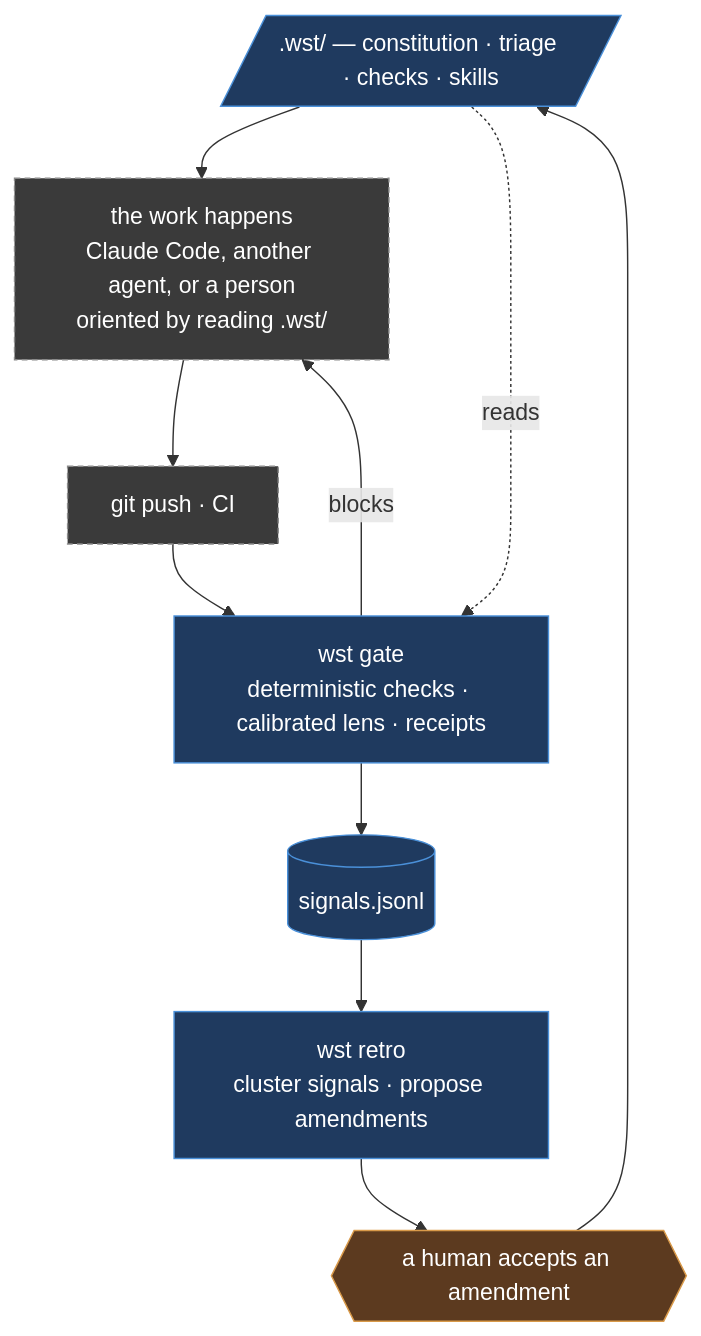
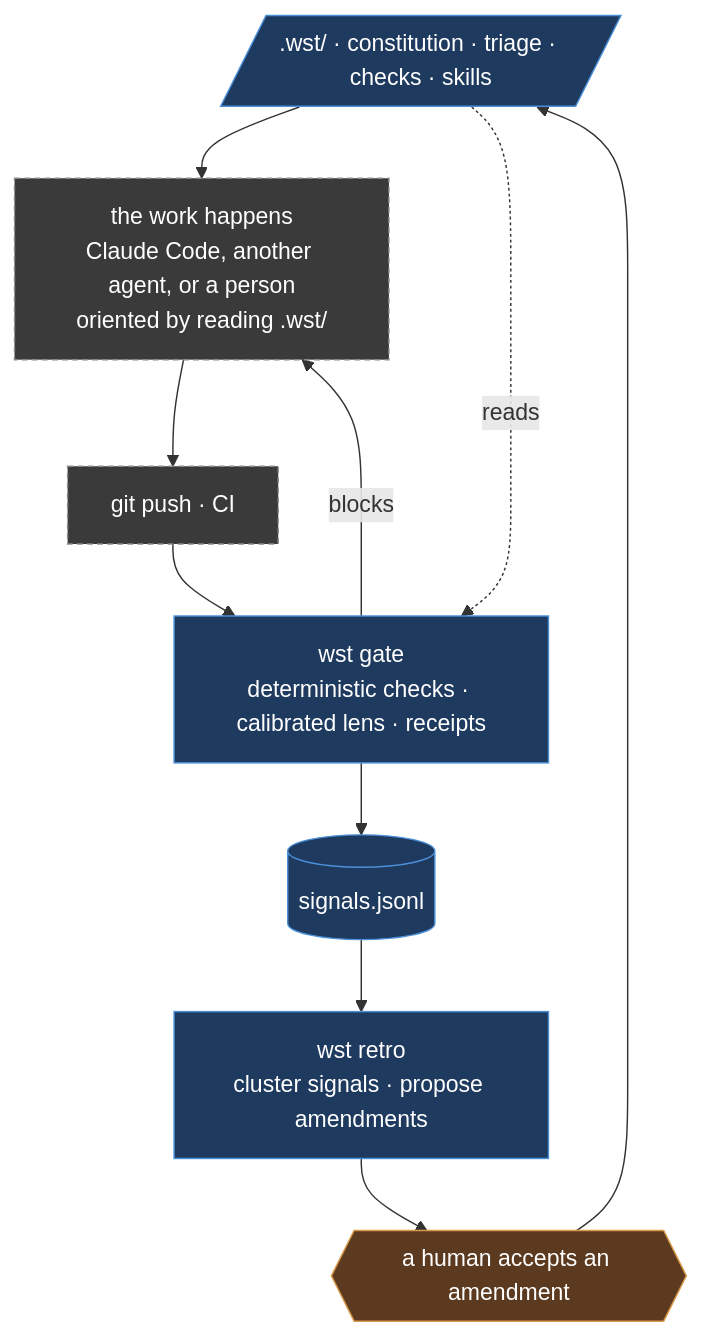
Before and after one commit to Juanmzz/whetstone: the diagram in docs/architecture.md, drawn with Mermaid. The commit also changed other lines of this file and 4 other files, not shown here.

````diff
--- a/docs/architecture.md
+++ b/docs/architecture.md
@@ -34,19 +34,19 @@
 ```mermaid
 flowchart TB
-  defs[/".wst/ — constitution · triage · checks · skills"/]:::wst
+  defs[/".wst/ · constitution · triage · checks · skills"/]:::wst
   work["the work happens<br/>Claude Code, another agent, or a person<br/>oriented by reading .wst/"]:::harness
   push["git push · CI"]:::harness
   gate["wst gate<br/>deterministic checks · calibrated lens · receipts"]:::wst
   sig[("signals.jsonl")]:::wst
   retro["wst retro<br/>cluster signals · propose amendments"]:::wst
   sign2{{"a human accepts an amendment"}}:::human
 
   defs --> work --> push --> gate
   gate -->|blocks| work
   gate --> sig --> retro --> sign2 --> defs
   defs -.reads.-> gate
 
   classDef wst fill:#1f3a5f,stroke:#4a90d9,color:#ffffff
   classDef harness fill:#3a3a3a,stroke:#8a8a8a,color:#ffffff,stroke-dasharray:4 3
   classDef human fill:#5c3a1f,stroke:#d99a4a,color:#ffffff
 ```
````
